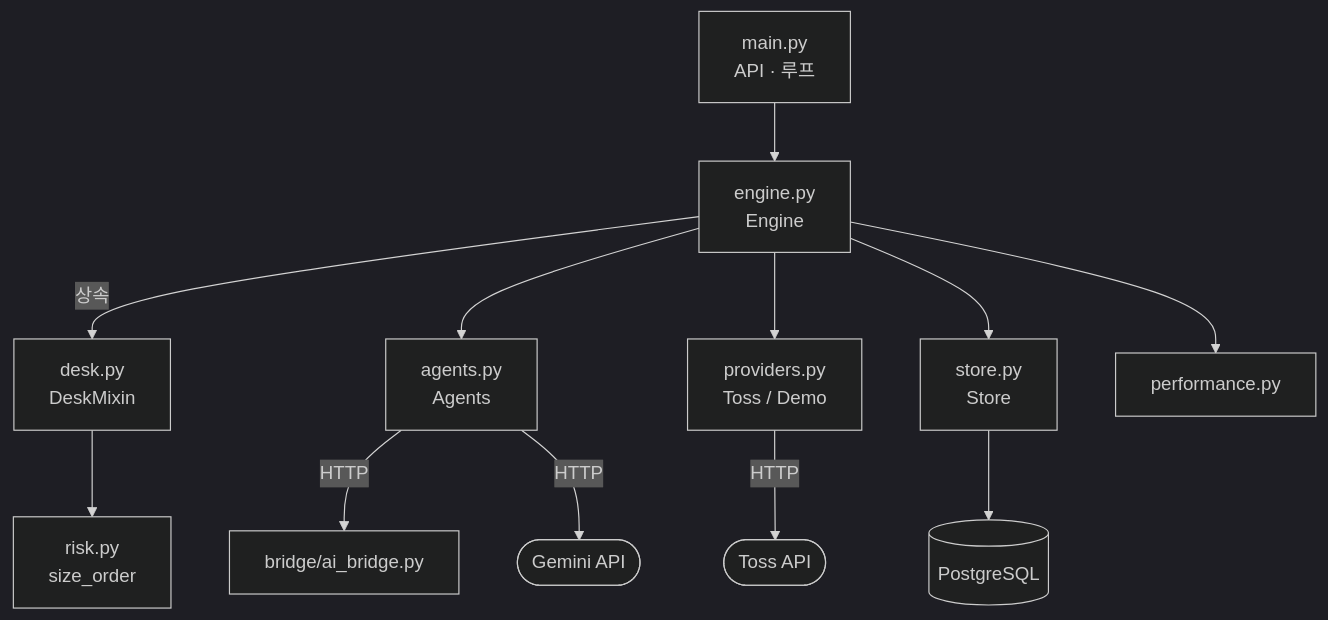
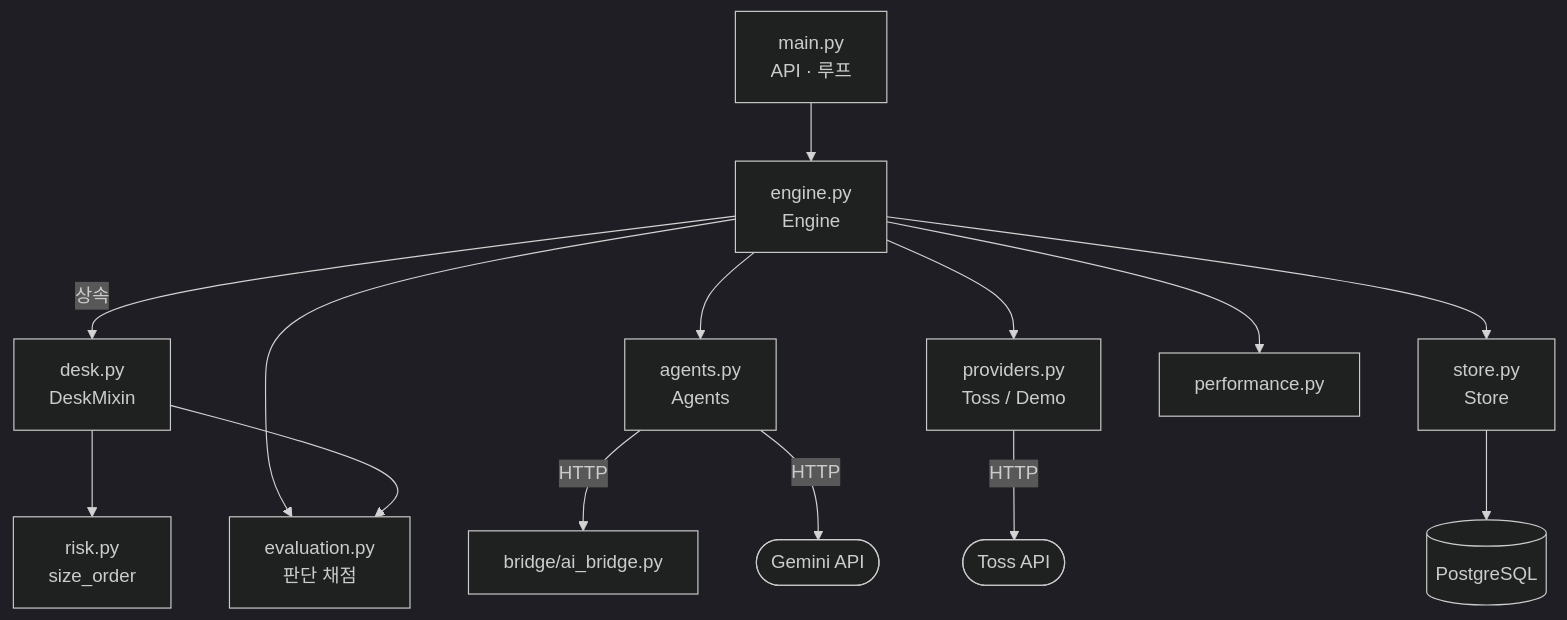
Before and after one commit to eshir0/stock-lab: the fifth of 5 diagrams in README.md, drawn with Mermaid (dark theme). The commit also changed other lines of this file and 10 other files, not shown here.

````diff
--- a/README.md
+++ b/README.md
@@ -283,14 +338,16 @@
 ```mermaid
 flowchart TD
     main["main.py<br/>API · 루프"] --> engine["engine.py<br/>Engine"]
     engine -->|상속| desk["desk.py<br/>DeskMixin"]
     engine --> agents["agents.py<br/>Agents"]
     engine --> providers["providers.py<br/>Toss / Demo"]
     engine --> store["store.py<br/>Store"]
     desk --> risk["risk.py<br/>size_order"]
     engine --> perf["performance.py"]
+    engine --> ev["evaluation.py<br/>판단 채점"]
+    desk --> ev
     agents -->|HTTP| bridge["bridge/ai_bridge.py"]
     agents -->|HTTP| gemini(["Gemini API"])
     providers -->|HTTP| toss(["Toss API"])
     store --> pg[("PostgreSQL")]
 ```
````
